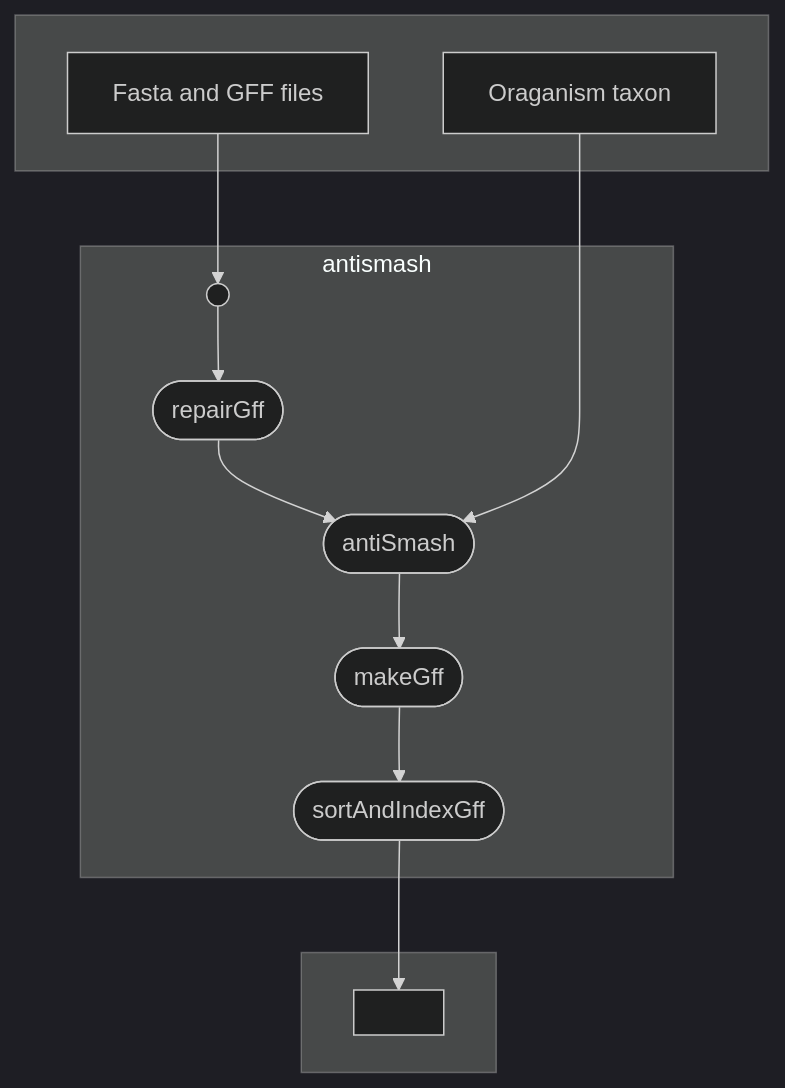
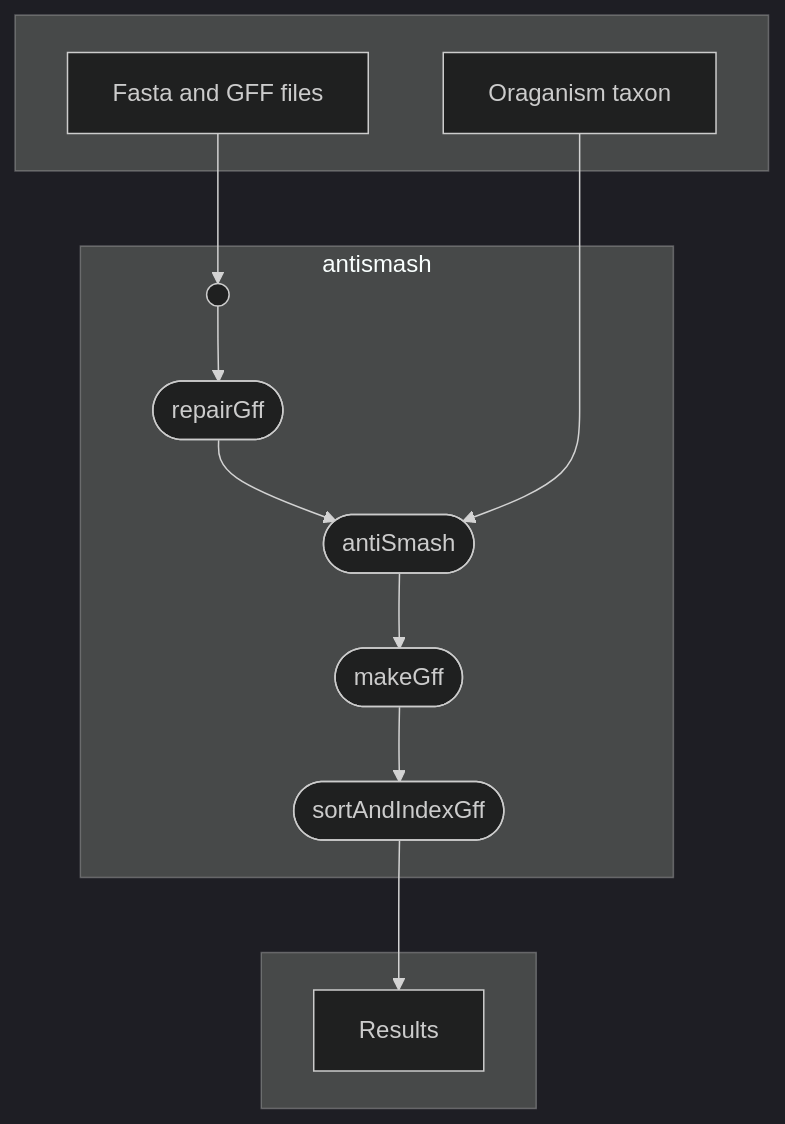
The diagram in README.md (VEuPathDB/antismash-nextflow), drawn with Mermaid (dark theme) before and after one commit.

Commit message:
Update the README to add the workflow

````diff
--- a/README.md
+++ b/README.md
@@ -36,25 +36,25 @@
 ```mermaid
 flowchart TB
     subgraph " "
     v4["Fasta and GFF files"]
     v8["Oraganism taxon"]
     end
     subgraph " "
     
-    v12[" "]
+    v12["Results"]
     end
     subgraph antismash
     v7([repairGff])
     v9([antiSmash])
     v10([makeGff])
     v11([sortAndIndexGff])
     v5(( ))
     end
     v4 --> v5
     v5 --> v7
     v7 --> v9
     v8 --> v9
     v9 --> v10
     v10 --> v11
     v11 --> v12
 ```
````
